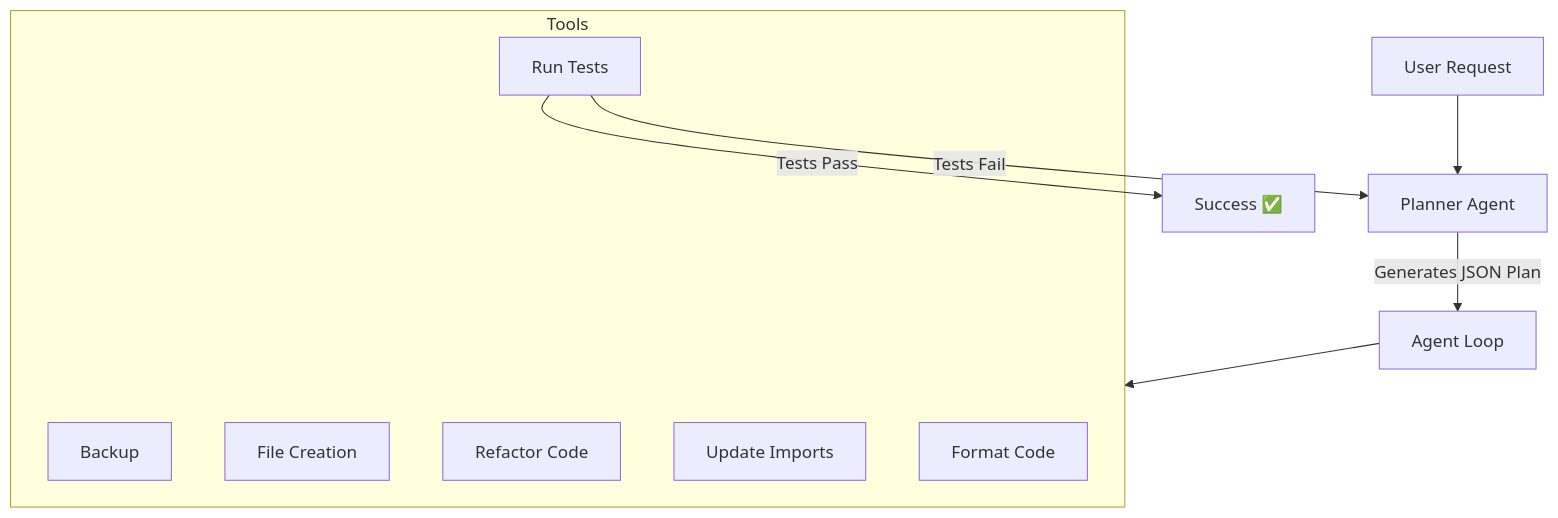
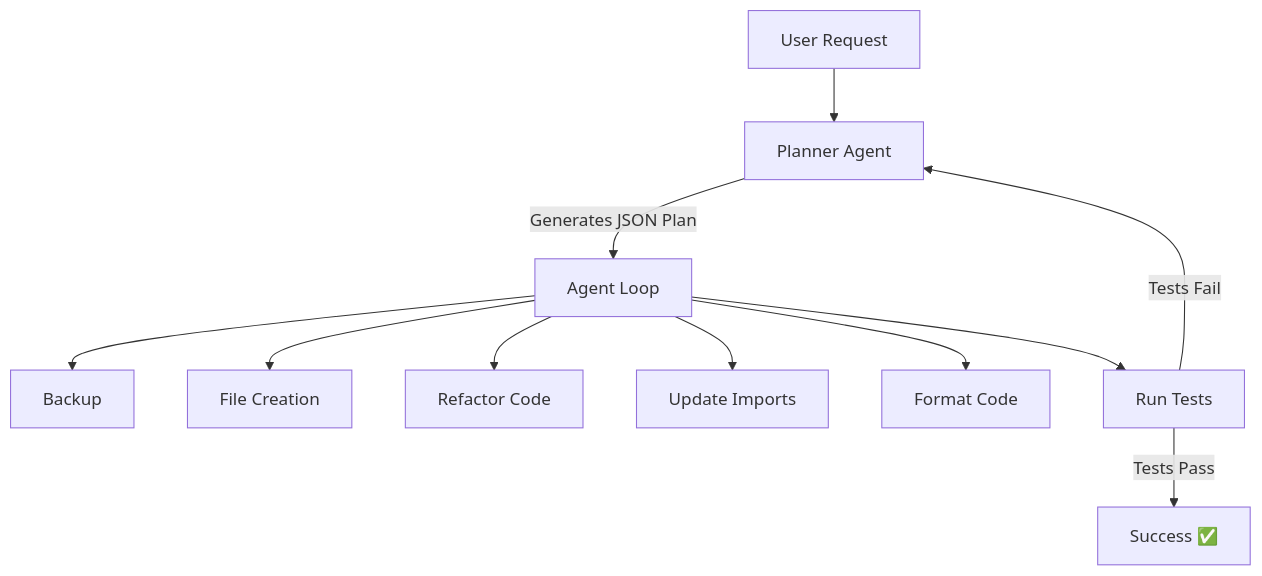
Before and after one commit to Perpetue237/agentsculptor: the diagram in README.md, drawn with Mermaid.

````diff
--- a/README.md
+++ b/README.md
@@ -301,18 +301,15 @@
 ``` mermaid
 flowchart TD
     A[User Request] --> B[Planner Agent]
     B -->|Generates JSON Plan| C[Agent Loop]
 
-    subgraph D[Tools]
-        D1[Backup]
-        D2[File Creation]
-        D3[Refactor Code]
-        D4[Update Imports]
-        D5[Format Code]
-        D6[Run Tests]
-    end
+    C --> D1[Backup]
+    C --> D2[File Creation]
+    C --> D3[Refactor Code]
+    C --> D4[Update Imports]
+    C --> D5[Format Code]
+    C --> D6[Run Tests]
 
-    C --> D
     D6 -->|Tests Fail| B
     D6 -->|Tests Pass| E[Success ✅]
 ```
````
